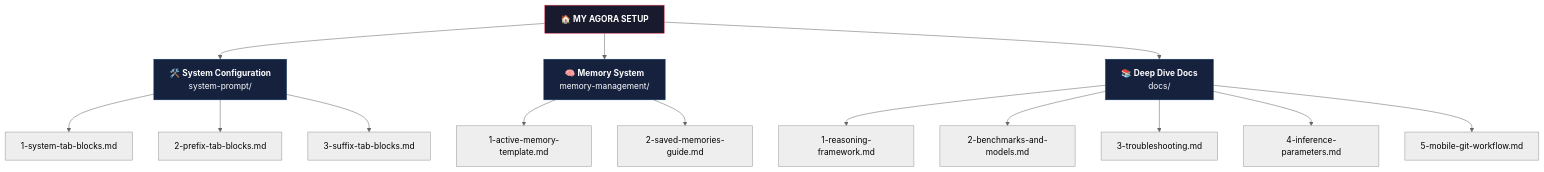
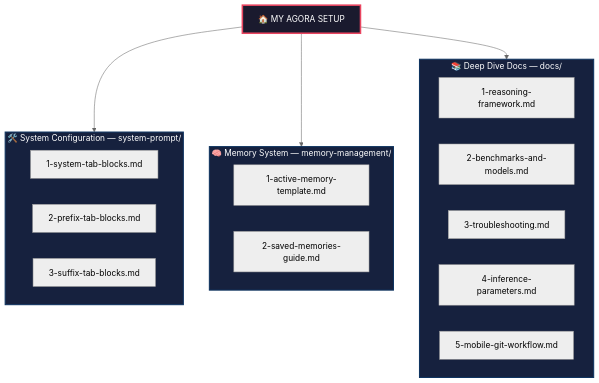
Before and after one commit to painter99/agora-pro-setup: the diagram in README.md, drawn with Mermaid (neutral theme).

Commit message:
docs: restructure Mermaid diagram with subgraphs for better mobile readability
- Use subgraphs to group files by section
- Improves vertical layout on mobile viewports
- Larger, more readable nodes with section labels in headers

````diff
--- a/README.md
+++ b/README.md
@@ -13,24 +13,32 @@
 ```mermaid
-graph TD
-    A["🏠 <b>MY AGORA SETUP</b>"] --> B["🛠️ <b>System Configuration</b><br/>system-prompt/"]
-    A --> C["🧠 <b>Memory System</b><br/>memory-management/"]
-    A --> D["📚 <b>Deep Dive Docs</b><br/>docs/"]
-
-    B --> B1["1-system-tab-blocks.md"]
-    B --> B2["2-prefix-tab-blocks.md"]
-    B --> B3["3-suffix-tab-blocks.md"]
-
-    C --> C1["1-active-memory-template.md"]
-    C --> C2["2-saved-memories-guide.md"]
-
-    D --> D1["1-reasoning-framework.md"]
-    D --> D2["2-benchmarks-and-models.md"]
-    D --> D3["3-troubleshooting.md"]
-    D --> D4["4-inference-parameters.md"]
-    D --> D5["5-mobile-git-workflow.md"]
-
-    style A fill:#1a1a2e,stroke:#e94560,color:#fff
-    style B fill:#16213e,stroke:#0f3460,color:#fff
-    style C fill:#16213e,stroke:#0f3460,color:#fff
-    style D fill:#16213e,stroke:#0f3460,color:#fff
+flowchart TD
+    A["🏠 MY AGORA SETUP"]
+    
+    subgraph sys ["🛠️ System Configuration — system-prompt/"]
+        B1["1-system-tab-blocks.md"]
+        B2["2-prefix-tab-blocks.md"]
+        B3["3-suffix-tab-blocks.md"]
+    end
+    
+    subgraph mem ["🧠 Memory System — memory-management/"]
+        C1["1-active-memory-template.md"]
+        C2["2-saved-memories-guide.md"]
+    end
+    
+    subgraph doc ["📚 Deep Dive Docs — docs/"]
+        D1["1-reasoning-framework.md"]
+        D2["2-benchmarks-and-models.md"]
+        D3["3-troubleshooting.md"]
+        D4["4-inference-parameters.md"]
+        D5["5-mobile-git-workflow.md"]
+    end
+    
+    A --> sys
+    A --> mem
+    A --> doc
+    
+    style A fill:#1a1a2e,stroke:#e94560,color:#fff,stroke-width:3px
+    style sys fill:#16213e,stroke:#0f3460,color:#fff,stroke-width:2px
+    style mem fill:#16213e,stroke:#0f3460,color:#fff,stroke-width:2px
+    style doc fill:#16213e,stroke:#0f3460,color:#fff,stroke-width:2px
 ```
````
